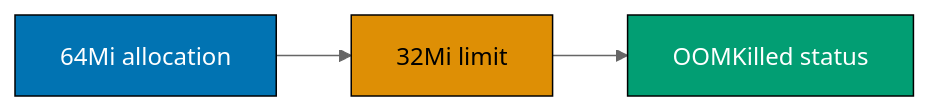
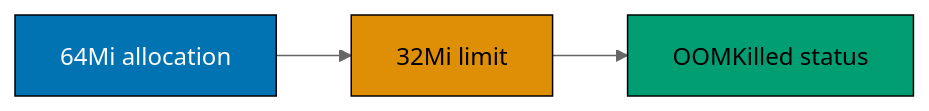
Before and after one commit to wahidyankf/ose-public: the seventh of 10 diagrams in apps/ayokoding-www/content/en/learn/courses/containers-and-orchestration/learning/advanced.md, drawn with Mermaid (neutral theme). The commit also changed other lines of this file and 144 other files, not shown here.

First line of the commit message:
fix(mermaid): bring the first half of the courses diagrams onto the accessible palette

````diff
--- a/apps/ayokoding-www/content/en/learn/courses/containers-and-orchestration/learning/advanced.md
+++ b/apps/ayokoding-www/content/en/learn/courses/containers-and-orchestration/learning/advanced.md
@@ -338,10 +356,13 @@
 ```mermaid
 graph LR
+  accTitle: Example 62: OOMKilled
+  accDescr: Graph with 3 nodes and 2 connections. Nodes: 64Mi allocation, 32Mi limit, OOMKilled status. Connections: 64Mi allocation to 32Mi limit, 32Mi limit to OOMKilled status.
   A[64Mi allocation] --> L[32Mi limit] --> O[OOMKilled status]
-  classDef blue fill:#0173B2,stroke:#000,color:#fff
-  classDef teal fill:#029E73,stroke:#000,color:#fff
-  classDef orange fill:#DE8F05,stroke:#000,color:#000
+  classDef blue fill:#0173B2,stroke:#000000,color:#FFFFFF
+  classDef teal fill:#029E73,stroke:#000000,color:#000000
+  classDef orange fill:#DE8F05,stroke:#000000,color:#000000
   class A blue
   class L orange
   class O teal
+  classDef default fill:#FFFFFF,stroke:#000000,color:#000000
 ```
````
